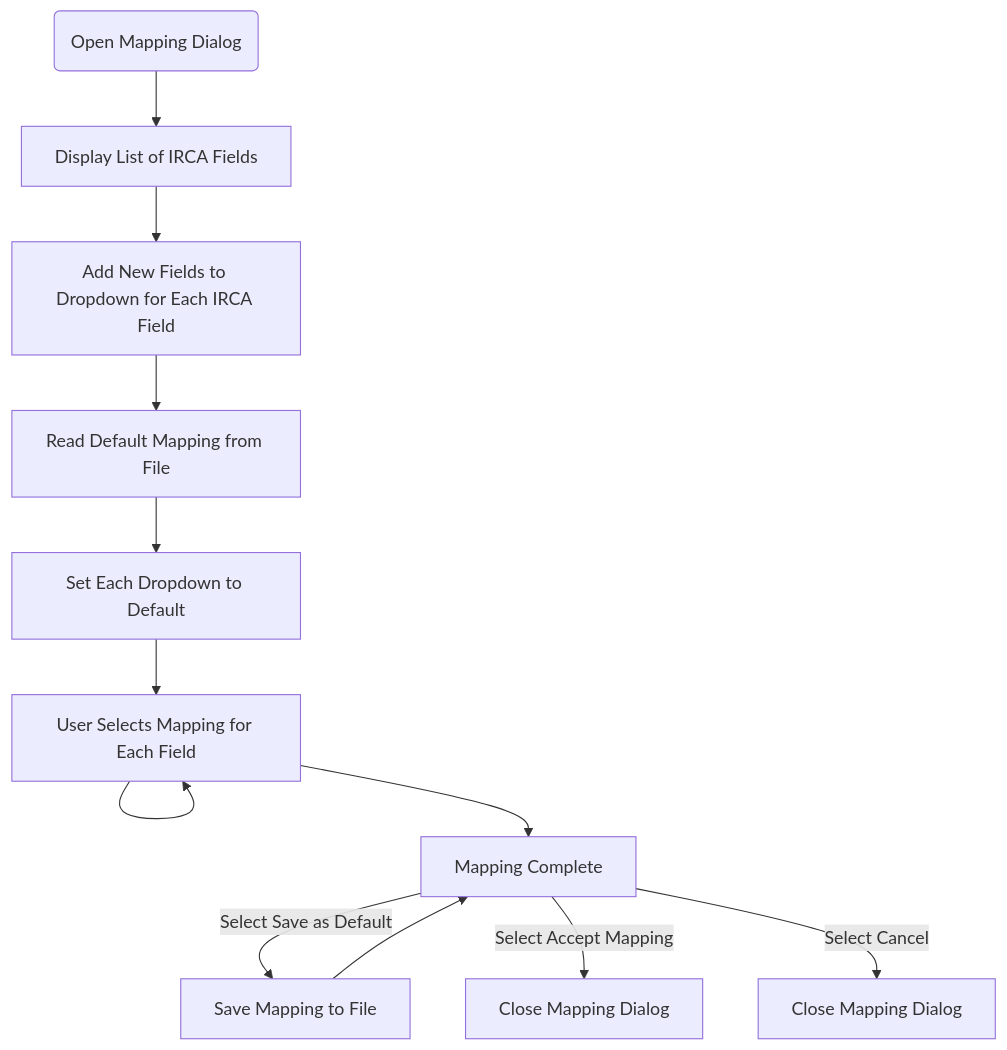
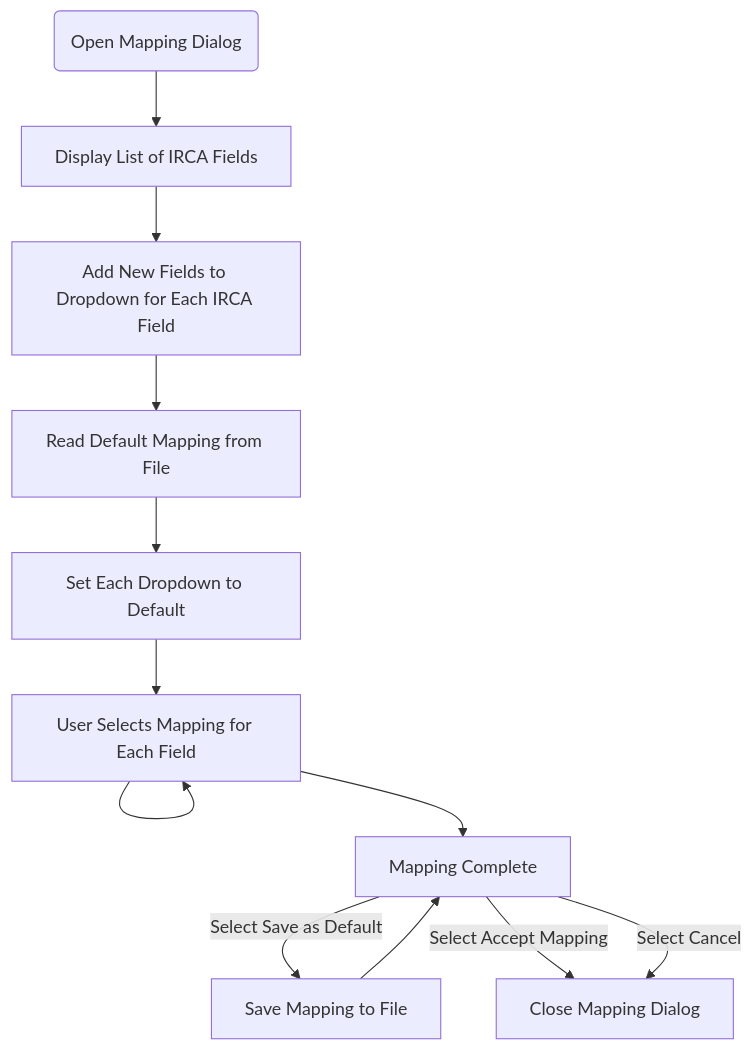
Before and after one commit to schleising/opensky-converter: the diagram in docs/mapping_dialog.md, drawn with Mermaid. The commit also changed 6 other files, not shown here.

````diff
--- a/docs/mapping_dialog.md
+++ b/docs/mapping_dialog.md
@@ -3,14 +3,14 @@
 ```mermaid
 flowchart TD
     A(Open Mapping Dialog) --> B[Display List of IRCA Fields]
     B --> C[Add New Fields to Dropdown for Each IRCA Field]
     C --> D[Read Default Mapping from File]
     D --> E[Set Each Dropdown to Default]
     E --> F[User Selects Mapping for Each Field]
     F --> F
     F --> G[Mapping Complete]
     G -->|Select Save as Default| H[Save Mapping to File]
     H --> G
     G -->|Select Accept Mapping| I[Close Mapping Dialog]
-    G -->|Select Cancel| J[Close Mapping Dialog]
+    G -->|Select Cancel| I[Close Mapping Dialog]
 ```
````
